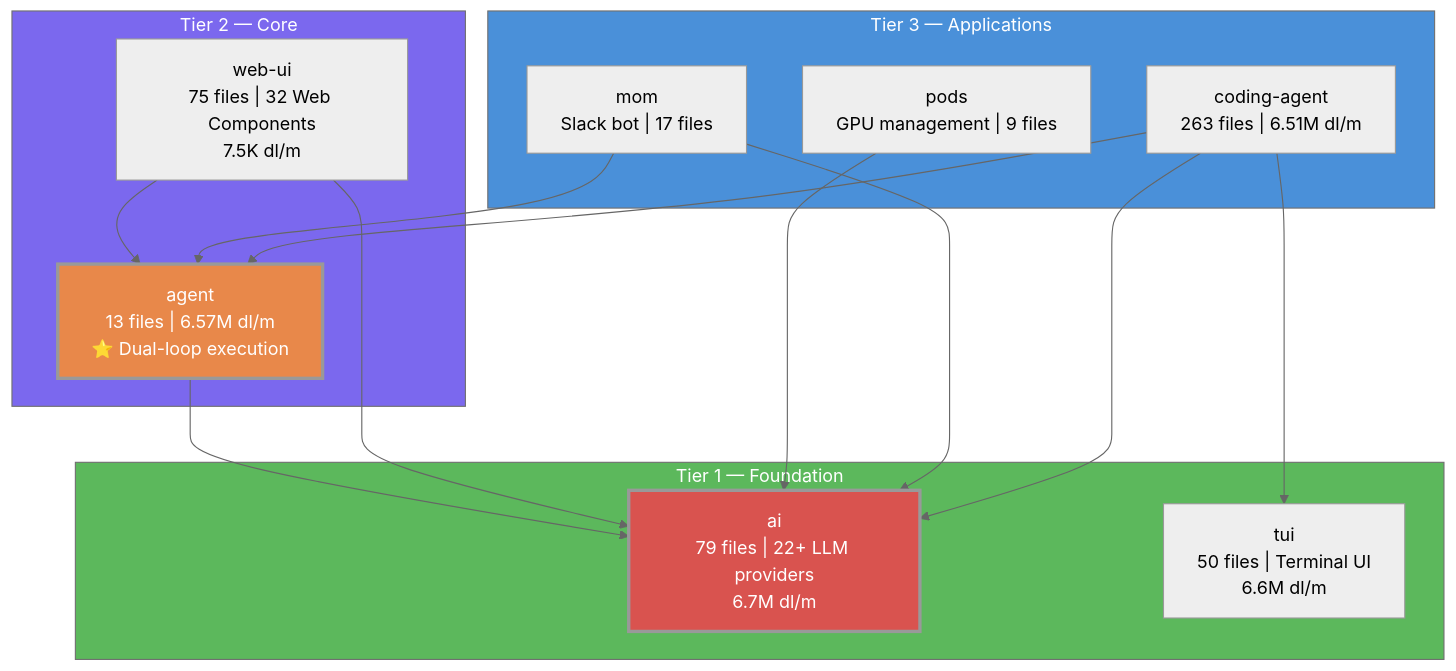
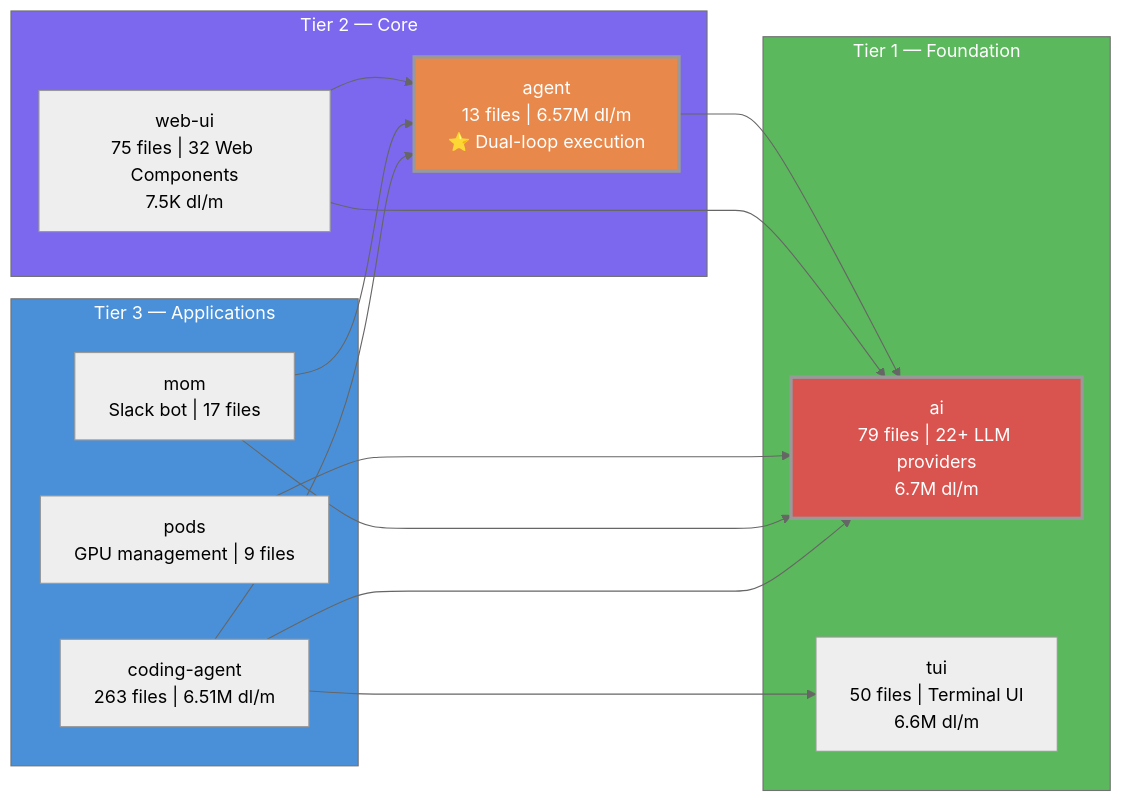
The eighth of 13 diagrams in open_claw/presentation/OpenClaw_Architecture_Diagrams.md (dvduongth/research_doc), drawn with Mermaid (neutral theme) before and after one commit. The commit also changed other lines of this file and 3 other files, not shown here.

````diff
--- a/open_claw/presentation/OpenClaw_Architecture_Diagrams.md
+++ b/open_claw/presentation/OpenClaw_Architecture_Diagrams.md
@@ -261,35 +261,35 @@
 ```mermaid
-graph TD
+graph LR
     subgraph T3["Tier 3 — Applications"]
         CA["coding-agent<br/>263 files | 6.51M dl/m"]
         MOM["mom<br/>Slack bot | 17 files"]
         PODS["pods<br/>GPU management | 9 files"]
     end
 
     subgraph T2["Tier 2 — Core"]
         AGENT["agent<br/>13 files | 6.57M dl/m<br/>⭐ Dual-loop execution"]
         WEBUI["web-ui<br/>75 files | 32 Web Components<br/>7.5K dl/m"]
     end
 
     subgraph T1["Tier 1 — Foundation"]
         AI["ai<br/>79 files | 22+ LLM providers<br/>6.7M dl/m"]
         TUI["tui<br/>50 files | Terminal UI<br/>6.6M dl/m"]
     end
 
     CA --> AGENT
     CA --> AI
     CA --> TUI
     MOM --> AGENT
     MOM --> AI
     PODS --> AI
     WEBUI --> AGENT
     WEBUI --> AI
 
     AGENT --> AI
 
     style T3 fill:#4A90D9,color:#fff
     style T2 fill:#7B68EE,color:#fff
     style T1 fill:#5CB85C,color:#fff
     style AI fill:#D9534F,color:#fff,stroke-width:3px
     style AGENT fill:#E8884A,color:#fff,stroke-width:3px
 ```
````
